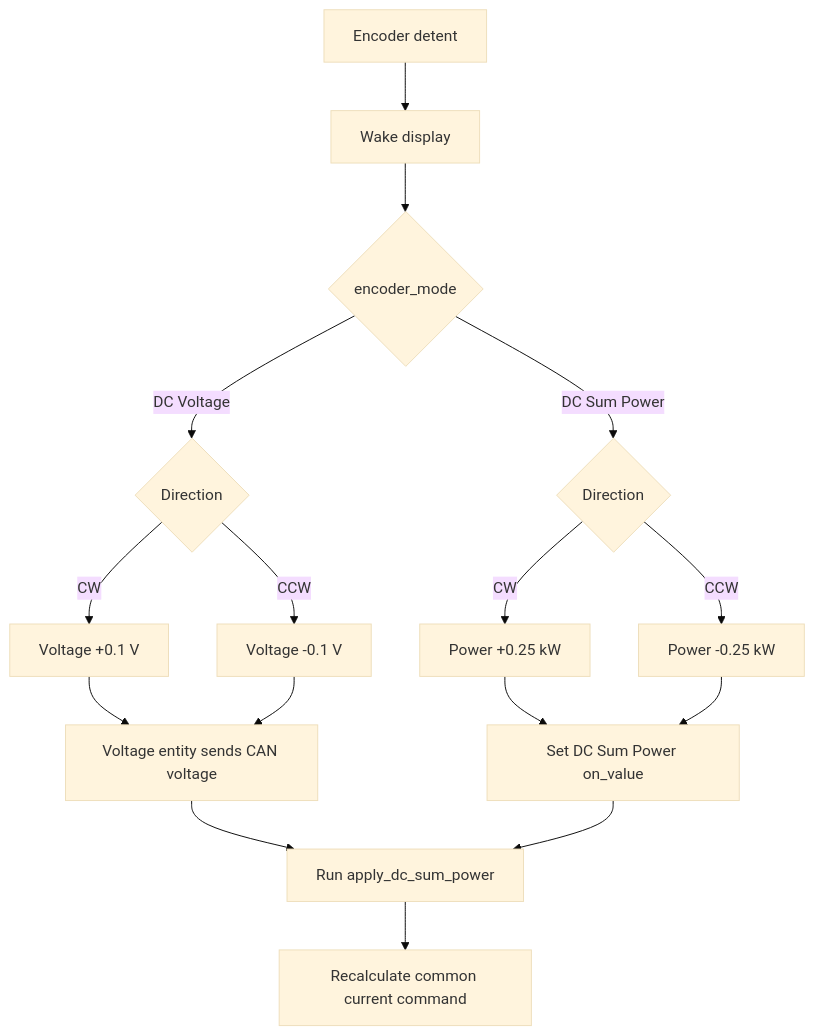
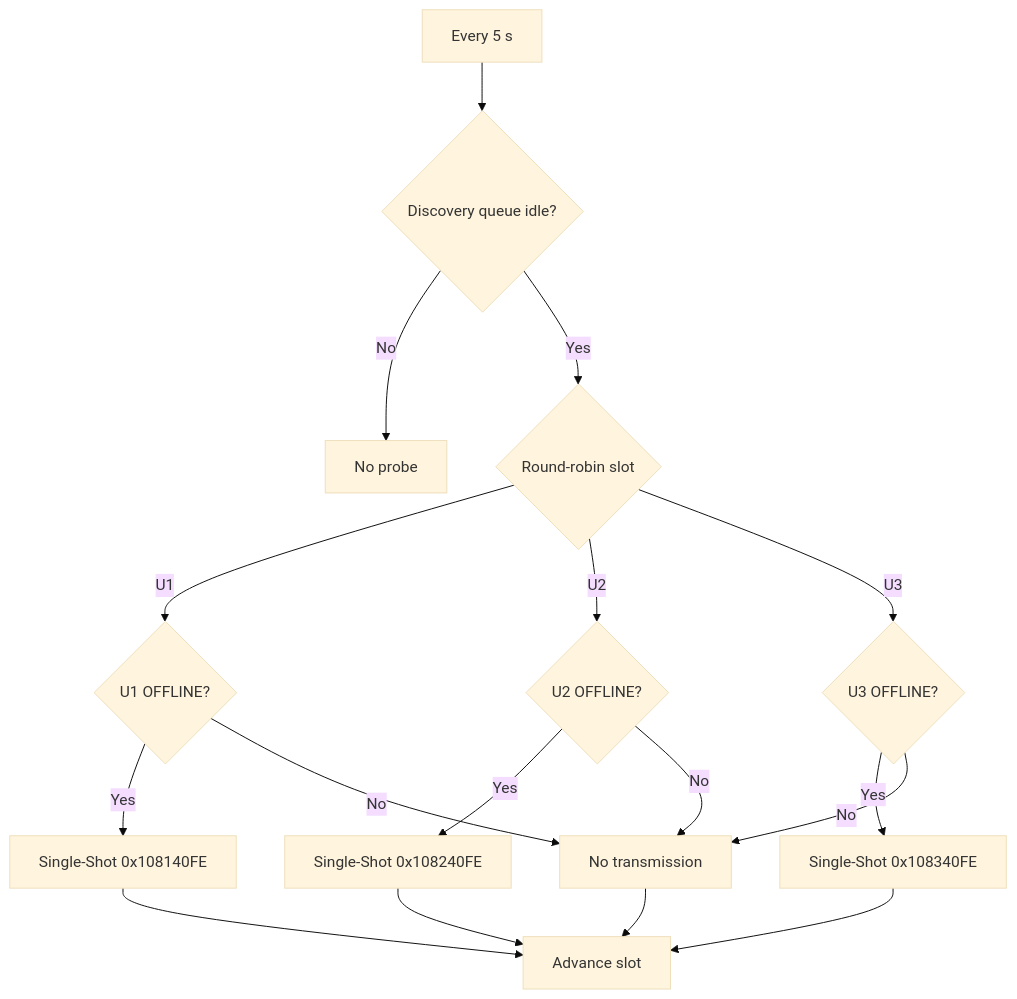
One commit to anwa/esphome-r4875g1-3phase-charger changed the seventh of 26 diagrams in R4875G1_CONTROL_FLOWS.md. Above: the diagram before and after it, drawn with Mermaid (base theme). The commit also changed other lines of this file and 1 other file, not shown here.

First line of the commit message:
Synchronize CAN lifecycle and recovery documentation

````diff
--- a/R4875G1_CONTROL_FLOWS.md
+++ b/R4875G1_CONTROL_FLOWS.md
@@ -131,21 +244,23 @@
 ```mermaid
 flowchart TD
-    A[Encoder detent] --> B[Wake display]
-    B --> C{encoder_mode}
+    A[Every 5 s] --> B{Discovery queue idle?}
+    B -- No --> X[No probe]
+    B -- Yes --> C{Round-robin slot}
 
-    C -- DC Voltage --> D{Direction}
-    D -- CW --> E[Voltage +0.1 V]
-    D -- CCW --> F[Voltage -0.1 V]
-    E --> G[Voltage entity sends CAN voltage]
-    F --> G
-    G --> H[Run apply_dc_sum_power]
+    C -- U1 --> D{U1 OFFLINE?}
+    C -- U2 --> E{U2 OFFLINE?}
+    C -- U3 --> F{U3 OFFLINE?}
 
-    C -- DC Sum Power --> I{Direction}
-    I -- CW --> J[Power +0.25 kW]
-    I -- CCW --> K[Power -0.25 kW]
-    J --> L[Set DC Sum Power on_value]
-    K --> L
-    L --> H
+    D -- Yes --> Q1[Single-Shot 0x108140FE]
+    E -- Yes --> Q2[Single-Shot 0x108240FE]
+    F -- Yes --> Q3[Single-Shot 0x108340FE]
 
-    H --> M[Recalculate common current command]
+    D -- No --> N[No transmission]
+    E -- No --> N
+    F -- No --> N
+
+    Q1 --> A2[Advance slot]
+    Q2 --> A2
+    Q3 --> A2
+    N --> A2
 ```
````
